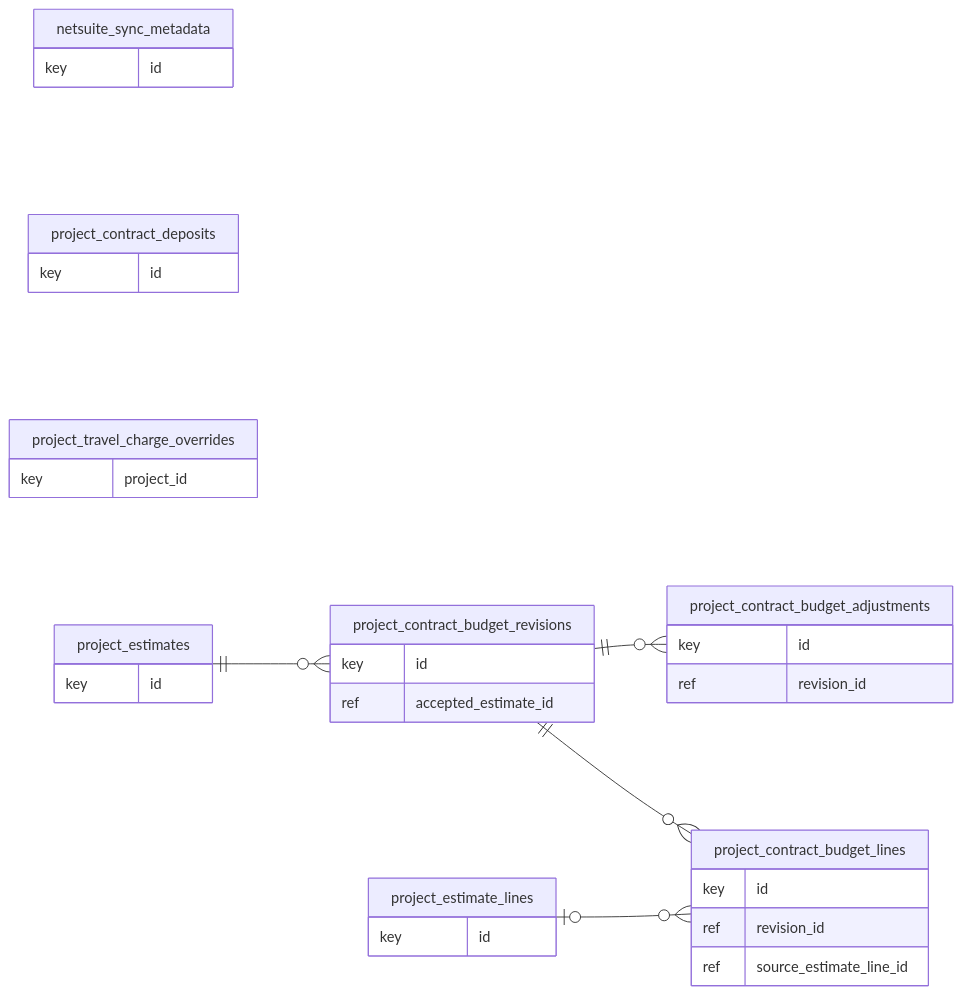
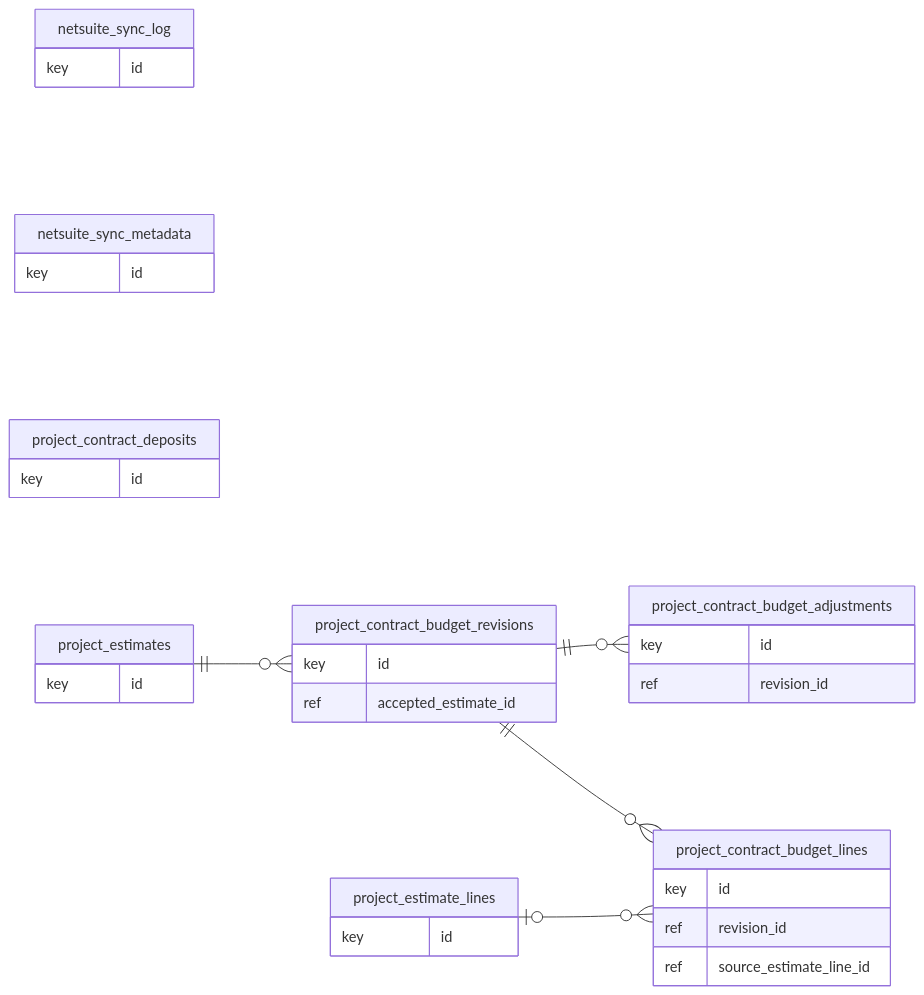
The diagram in docs/manual/diagrams/er-financials-3.mmd (High-Performance-Structures/compass), drawn with Mermaid before and after one commit. The commit also changed 27 other files, not shown here.

```diff
--- a/docs/manual/diagrams/er-financials-3.mmd
+++ b/docs/manual/diagrams/er-financials-3.mmd
@@ -1,34 +1,34 @@
 erDiagram
   direction LR
   project_contract_budget_adjustments {
     key id
     ref revision_id
   }
   project_contract_budget_lines {
     key id
     ref revision_id
     ref source_estimate_line_id
   }
   project_contract_budget_revisions {
     key id
     ref accepted_estimate_id
   }
+  netsuite_sync_log {
+    key id
+  }
   netsuite_sync_metadata {
     key id
   }
   project_contract_deposits {
     key id
-  }
-  project_travel_charge_overrides {
-    key project_id
   }
   project_estimate_lines {
     key id
   }
   project_estimates {
     key id
   }
   project_contract_budget_revisions ||--o{ project_contract_budget_adjustments : ""
   project_contract_budget_revisions ||--o{ project_contract_budget_lines : ""
   project_estimate_lines |o--o{ project_contract_budget_lines : ""
   project_estimates ||--o{ project_contract_budget_revisions : ""
```
